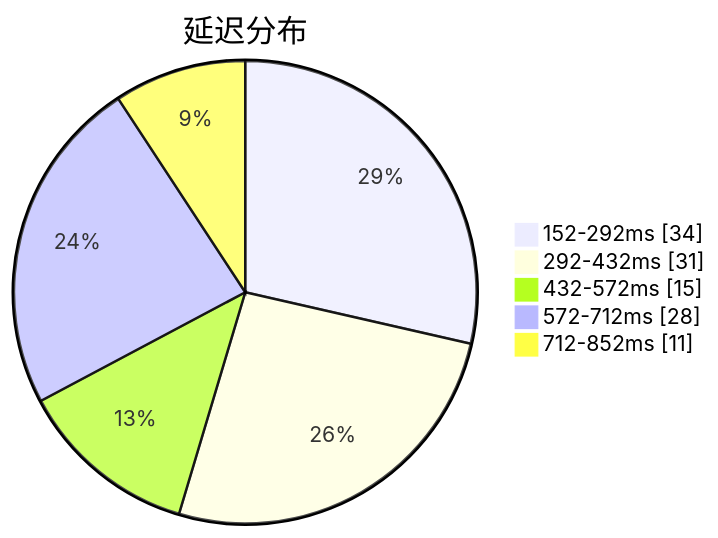
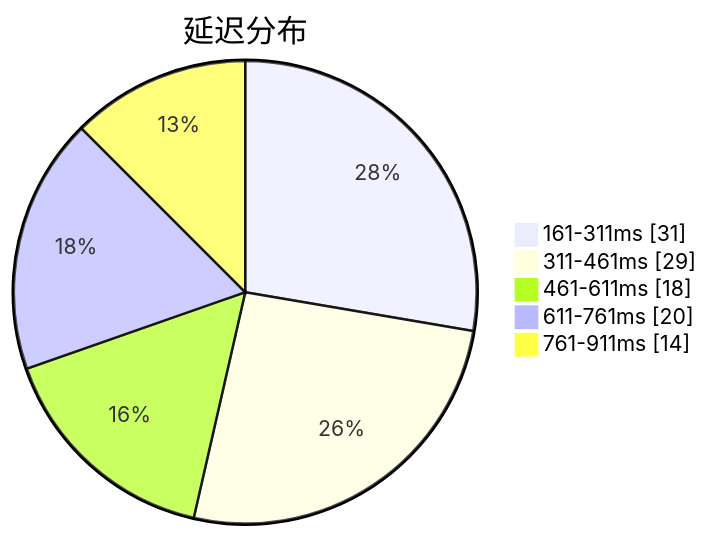
One commit to qjlxg/airport changed the first of 3 diagrams in subs/statistics/tested_within.md. Above: the diagram before and after it, drawn with Mermaid. The commit also changed other lines of this file and 2 other files, not shown here.

````diff
--- a/subs/statistics/tested_within.md
+++ b/subs/statistics/tested_within.md
@@ -2,9 +2,9 @@
 ```mermaid
 pie showData
 title 延迟分布
-"152-292ms" : 34
-"292-432ms" : 31
-"432-572ms" : 15
-"572-712ms" : 28
-"712-852ms" : 11
+"161-311ms" : 31
+"311-461ms" : 29
+"461-611ms" : 18
+"611-761ms" : 20
+"761-911ms" : 14
 ```
````
